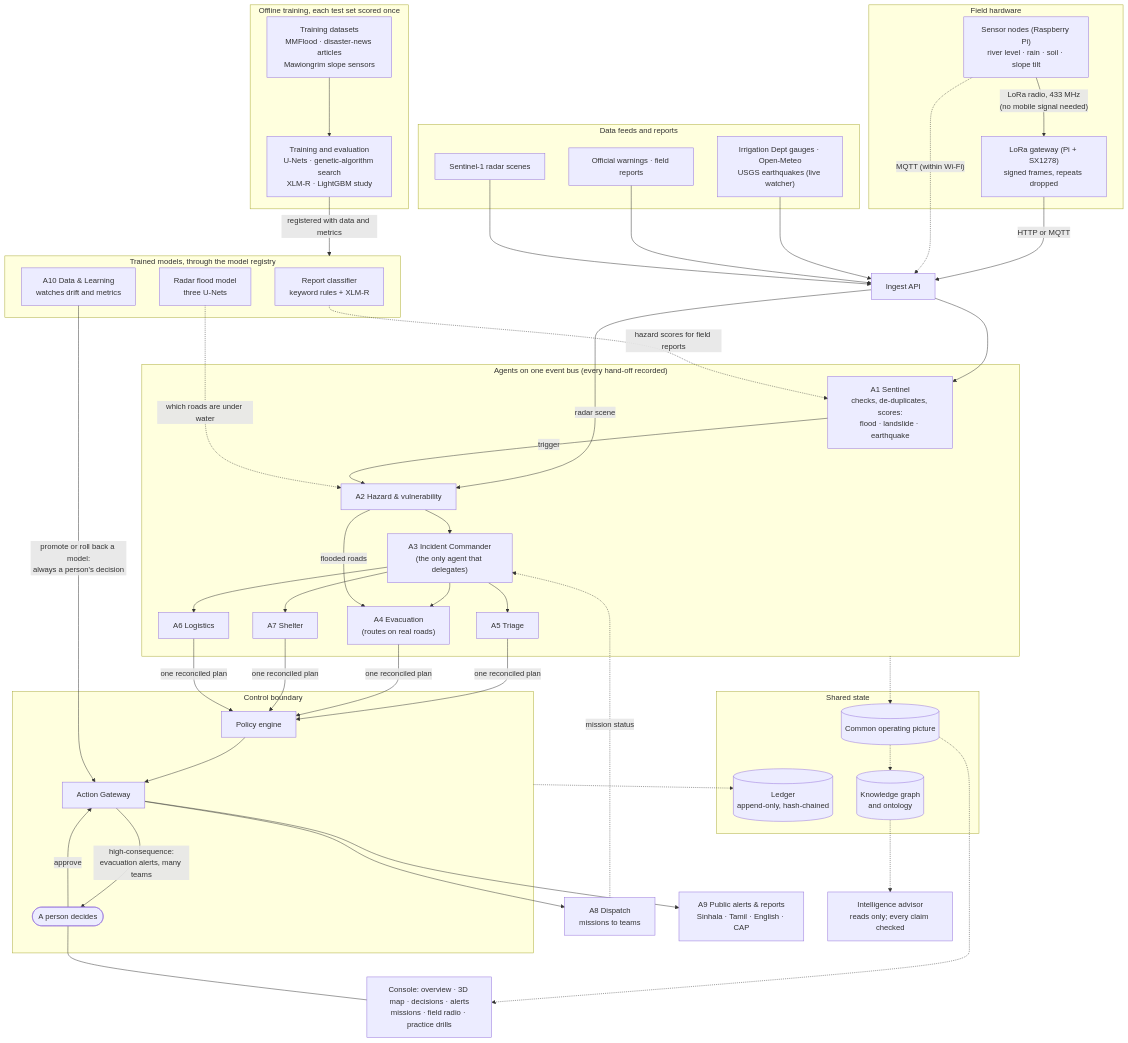
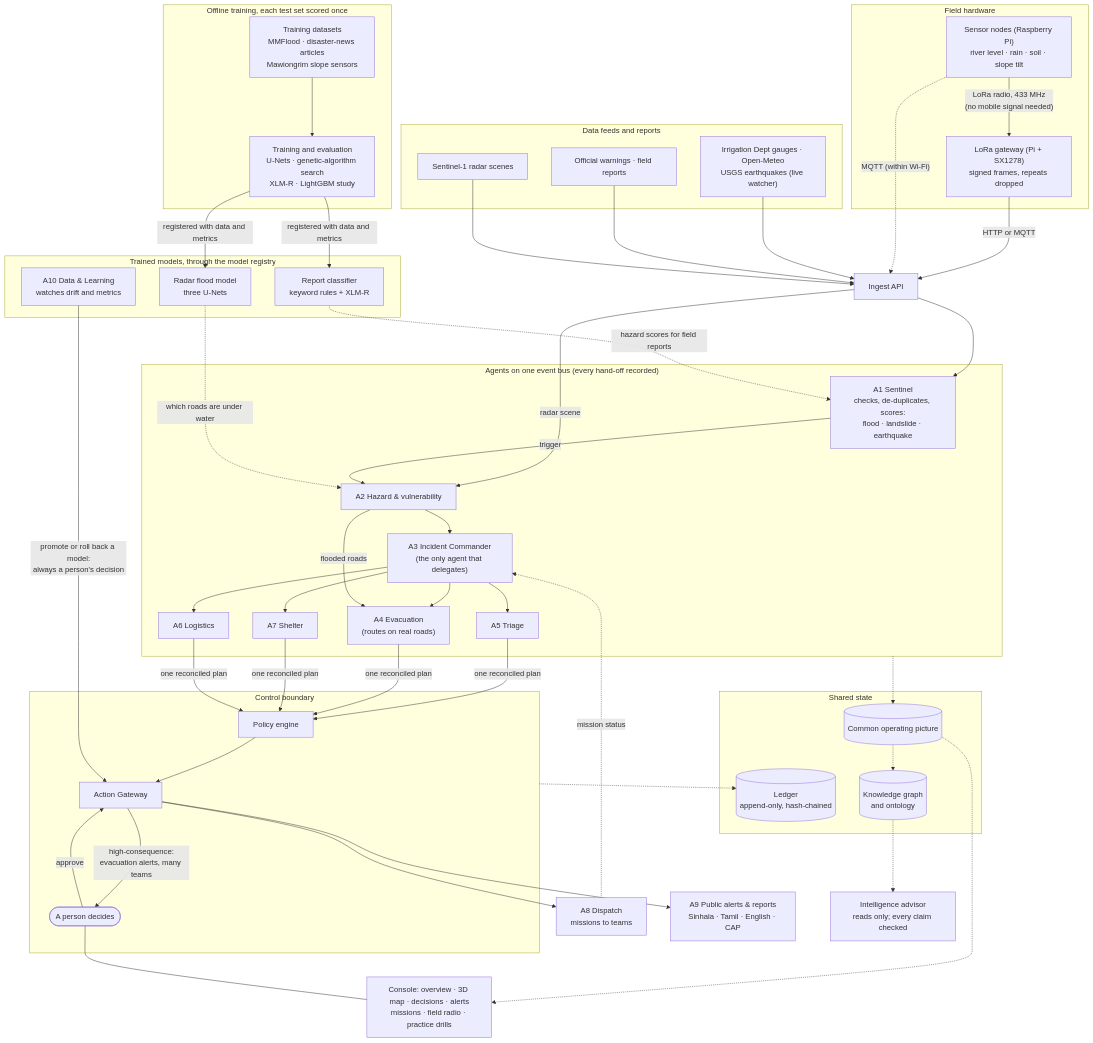
Before and after one commit to Wicky2002/modelx-claptac: the diagram in README.md, drawn with Mermaid.

Commit message:
Point the training edge at the models

````diff
--- a/README.md
+++ b/README.md
@@ -147,73 +147,73 @@
 ```mermaid
 flowchart TB
   subgraph FIELD["Field hardware"]
     NODE["Sensor nodes (Raspberry Pi)<br/>river level · rain · soil · slope tilt"]
     GW["LoRa gateway (Pi + SX1278)<br/>signed frames, repeats dropped"]
     NODE -- "LoRa radio, 433 MHz<br/>(no mobile signal needed)" --> GW
   end
   subgraph FEEDS["Data feeds and reports"]
     REAL["Irrigation Dept gauges · Open-Meteo<br/>USGS earthquakes (live watcher)"]
     REP["Official warnings · field reports"]
     SAR["Sentinel-1 radar scenes"]
   end
   GW -- "HTTP or MQTT" --> INGEST
   NODE -. "MQTT (within Wi-Fi)" .-> INGEST
   REAL --> INGEST
   REP --> INGEST
   SAR --> INGEST
   INGEST["Ingest API"] --> A1
   INGEST -- "radar scene" --> A2
 
   subgraph AGENTS["Agents on one event bus (every hand-off recorded)"]
     A1["A1 Sentinel<br/>checks, de-duplicates, scores:<br/>flood · landslide · earthquake"]
     A2["A2 Hazard & vulnerability"]
     A3["A3 Incident Commander<br/>(the only agent that delegates)"]
     A5["A5 Triage"]
     A4["A4 Evacuation<br/>(routes on real roads)"]
     A7["A7 Shelter"]
     A6["A6 Logistics"]
     A1 -- trigger --> A2 --> A3
     A3 --> A5 & A4 & A7 & A6
     A2 -- "flooded roads" --> A4
   end
 
   subgraph TRAIN["Offline training, each test set scored once"]
     DS["Training datasets<br/>MMFlood · disaster-news articles<br/>Mawiongrim slope sensors"]
     TR["Training and evaluation<br/>U-Nets · genetic-algorithm search<br/>XLM-R · LightGBM study"]
     DS --> TR
   end
-  TR -- "registered with data and metrics" --> LEARN
 
   subgraph LEARN["Trained models, through the model registry"]
     RC["Report classifier<br/>keyword rules + XLM-R"]
     RF["Radar flood model<br/>three U-Nets"]
     A10["A10 Data & Learning<br/>watches drift and metrics"]
   end
   RC -. "hazard scores for field reports" .-> A1
   RF -. "which roads are under water" .-> A2
+  TR -- "registered with data and metrics" --> RC & RF
 
   subgraph CB["Control boundary"]
     PE["Policy engine"] --> GWY["Action Gateway"]
     GWY -- "high-consequence:<br/>evacuation alerts, many teams" --> HUMAN(["A person decides"])
   end
   A5 & A4 & A7 & A6 -- "one reconciled plan" --> PE
   HUMAN -- approve --> GWY
   GWY --> A8["A8 Dispatch<br/>missions to teams"]
   GWY --> A9["A9 Public alerts & reports<br/>Sinhala · Tamil · English · CAP"]
   A10 -- "promote or roll back a model:<br/>always a person's decision" --> GWY
 
   subgraph MEMORY["Shared state"]
     LEDGER[("Ledger<br/>append-only, hash-chained")]
     COP[("Common operating picture")]
     KG[("Knowledge graph<br/>and ontology")]
   end
   AGENTS -.-> COP
   CB -.-> LEDGER
   COP -.-> KG
   KG -.-> ADV["Intelligence advisor<br/>reads only; every claim checked"]
   A8 -. "mission status" .-> A3
 
   CONSOLE["Console: overview · 3D map · decisions · alerts<br/>missions · field radio · practice drills"]
   COP -.-> CONSOLE
   HUMAN --- CONSOLE
 ```
````
